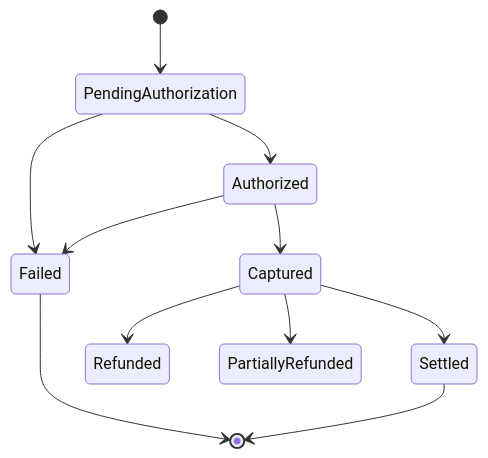
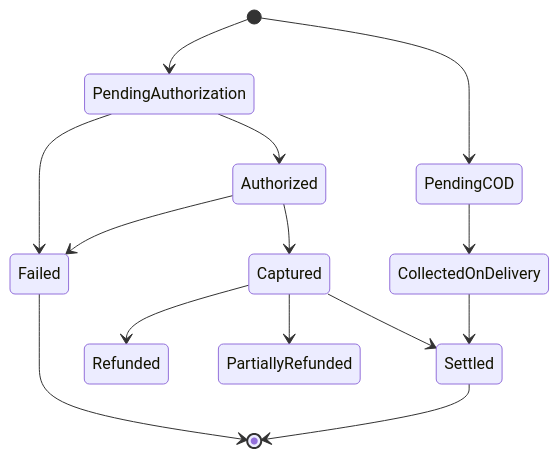
Before and after one commit to FINALTALA/FINALPRO: the fourth of 6 diagrams in docs/srs/02-functional-requirements.md, drawn with Mermaid. The commit also changed other lines of this file, not shown here.

````diff
--- a/docs/srs/02-functional-requirements.md
+++ b/docs/srs/02-functional-requirements.md
@@ -255,13 +330,16 @@
 ```mermaid
 stateDiagram-v2
     [*] --> PendingAuthorization
+    [*] --> PendingCOD
     PendingAuthorization --> Authorized
     PendingAuthorization --> Failed
     Authorized --> Captured
     Authorized --> Failed
     Captured --> Settled
     Captured --> Refunded
     Captured --> PartiallyRefunded
+    PendingCOD --> CollectedOnDelivery
+    CollectedOnDelivery --> Settled
     Failed --> [*]
     Settled --> [*]
 ```
````
